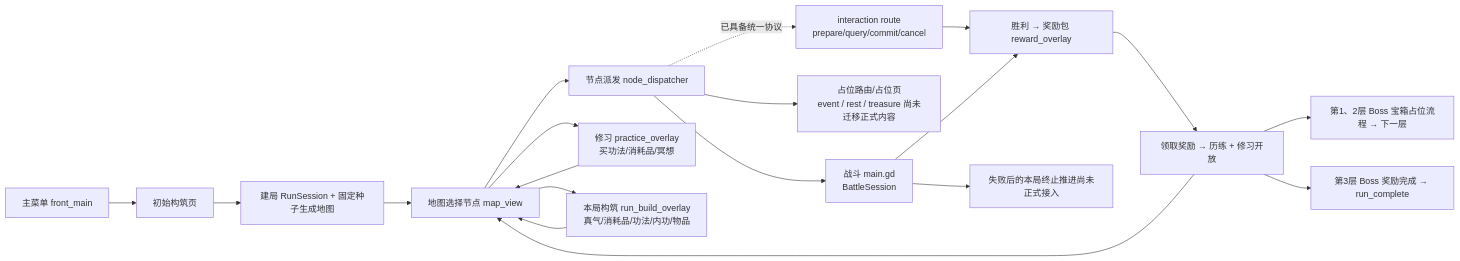
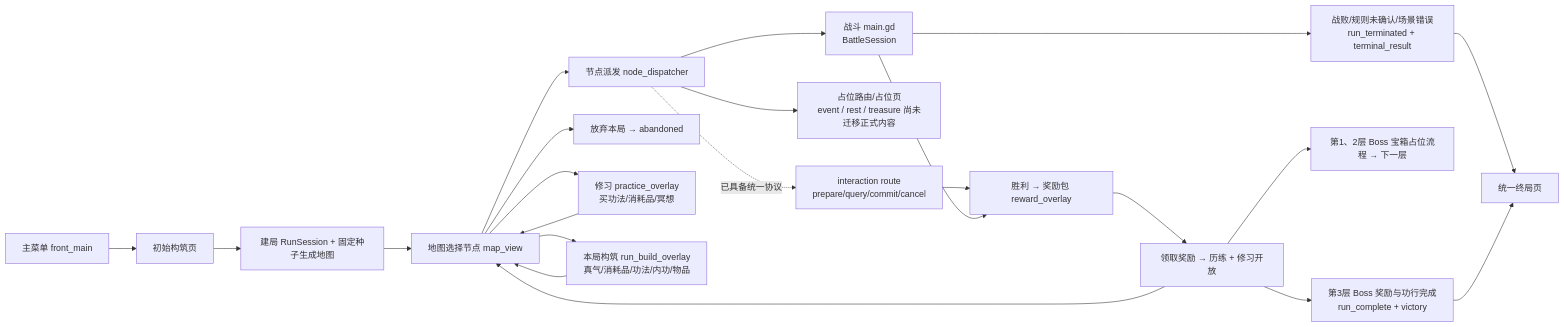
Diagram 12 of 13 in combo_duel_vslice/docs/architecture-diagrams.md (duguyumei/games), drawn with Mermaid before and after one commit. The commit also changed other lines of this file and 15 other files, not shown here.

````diff
--- a/combo_duel_vslice/docs/architecture-diagrams.md
+++ b/combo_duel_vslice/docs/architecture-diagrams.md
@@ -413,21 +452,24 @@
 ```mermaid
 flowchart LR
     A[主菜单 front_main] --> B[初始构筑页]
     B --> C[建局 RunSession + 固定种子生成地图]
     C --> D[地图选择节点 map_view]
     D --> E[节点派发 node_dispatcher]
     E --> F[战斗 main.gd<br>BattleSession]
     E --> G[占位路由/占位页<br>event / rest / treasure 尚未迁移正式内容]
     E -. 已具备统一协议 .-> O[interaction route<br>prepare/query/commit/cancel]
     O --> H
     F --> H[胜利 → 奖励包 reward_overlay]
-    F --> I[失败后的本局终止推进尚未正式接入]
+    F --> I[战败/规则未确认/场景错误<br>run_terminated + terminal_result]
     H --> J[领取奖励 → 历练 + 修习开放]
     J --> D
     J --> K[第1、2层 Boss 宝箱占位流程 → 下一层]
-    J --> M[第3层 Boss 奖励完成 → run_complete]
+    J --> M[第3层 Boss 奖励与功行完成<br>run_complete + victory]
+    D --> P[放弃本局 → abandoned]
+    I --> Q[统一终局页]
+    M --> Q
     D --> L[修习 practice_overlay<br>买功法/消耗品/冥想]
     L --> D
     D --> N[本局构筑 run_build_overlay<br>真气/消耗品/功法/内功/物品]
     N --> D
 ```
````
